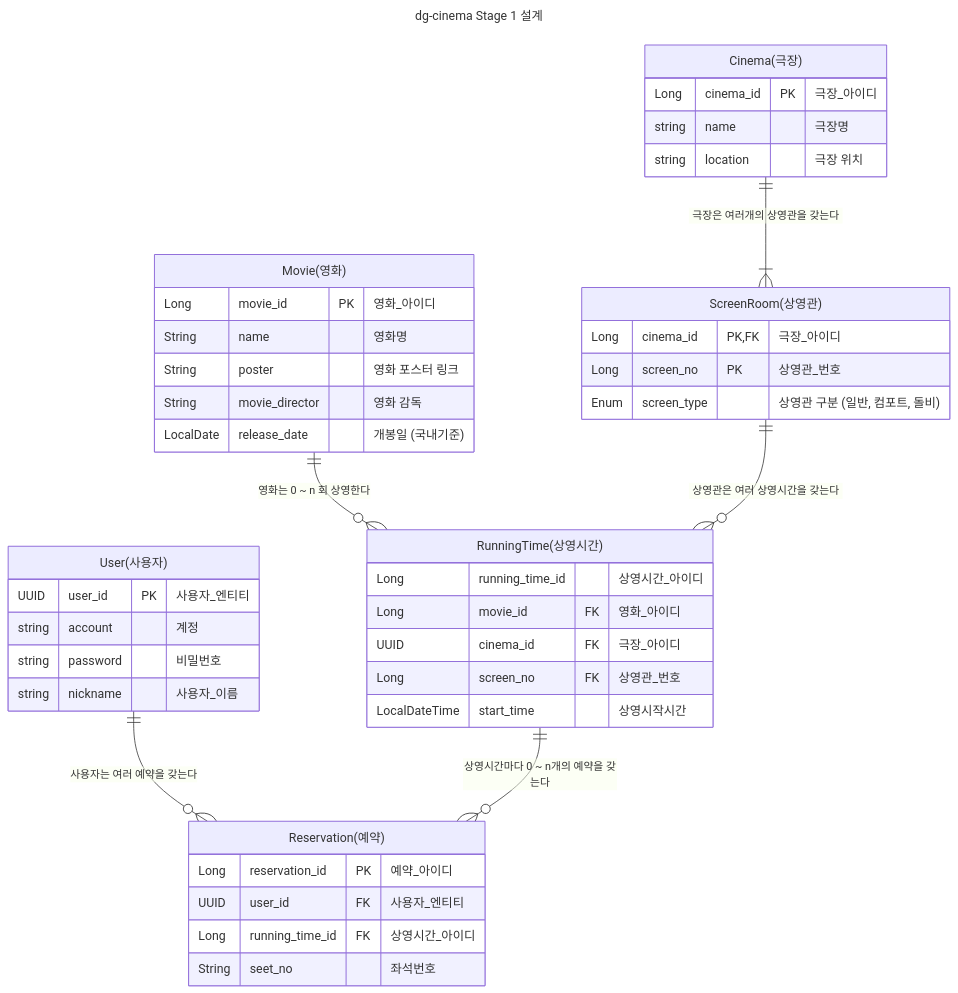
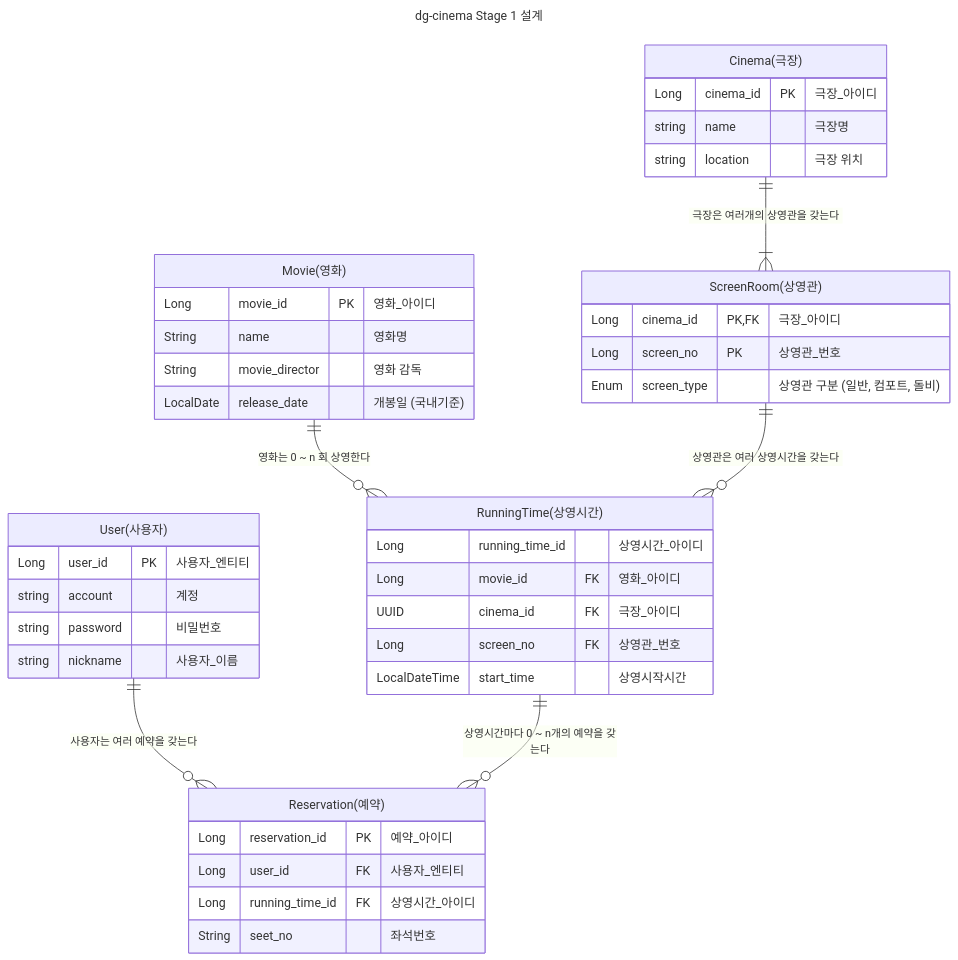
Before and after one commit to leesj8116/dg-cinema-backend: the diagram in document/ENTITY.md, drawn with Mermaid.

Commit message:
📝 엔티티 설계 변경
UUID로 관리하던 PK 값을 Long으로 변경

````diff
--- a/document/ENTITY.md
+++ b/document/ENTITY.md
@@ -5,52 +5,51 @@
 ```mermaid
 ---
 title: dg-cinema Stage 1 설계
 ---
 erDiagram
     "User(사용자)" {
-        UUID user_id PK "사용자_엔티티"
+        Long user_id PK "사용자_엔티티"
         string account "계정"
         string password "비밀번호"
         string nickname "사용자_이름"
     }
     "Movie(영화)" {
         Long movie_id PK "영화_아이디"
         String name "영화명"
-        String poster "영화 포스터 링크"
         String movie_director "영화 감독"
         LocalDate release_date "개봉일 (국내기준)"
     }
     "Cinema(극장)" {
         Long cinema_id PK "극장_아이디"
         string name "극장명"
         string location "극장 위치"
     }
 
     "ScreenRoom(상영관)" {
         Long cinema_id PK, FK "극장_아이디"
         Long screen_no PK "상영관_번호"
         Enum screen_type "상영관 구분 (일반, 컴포트, 돌비)"
     }
 
     "Reservation(예약)" {
         Long reservation_id PK "예약_아이디"
-        UUID user_id FK "사용자_엔티티"
+        Long user_id FK "사용자_엔티티"
         Long running_time_id FK "상영시간_아이디"
         String seet_no "좌석번호"
     }
 
     "RunningTime(상영시간)" {
         Long running_time_id "상영시간_아이디"
         Long movie_id FK "영화_아이디"
         UUID cinema_id FK "극장_아이디"
         Long screen_no FK "상영관_번호"
         LocalDateTime start_time "상영시작시간"
     }
 
     "Movie(영화)" ||--o{ "RunningTime(상영시간)": "영화는 0 ~ n 회 상영한다"
     "ScreenRoom(상영관)" ||--o{ "RunningTime(상영시간)": "상영관은 여러 상영시간을 갖는다"
     "Cinema(극장)" ||--|{ "ScreenRoom(상영관)": "극장은 여러개의 상영관을 갖는다"
     "User(사용자)" ||--o{ "Reservation(예약)": "사용자는 여러 예약을 갖는다"
     "RunningTime(상영시간)" ||--o{ "Reservation(예약)": "상영시간마다 0 ~ n개의 예약을 갖는다"
 
 ```
````
